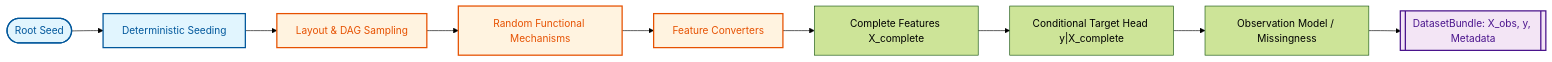
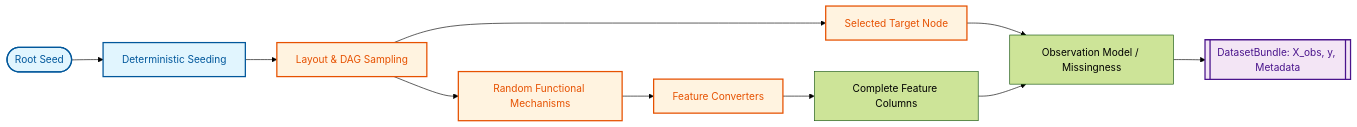
The first of 2 diagrams in README.md (bensonlee5/cauchy-generator), drawn with Mermaid (forest theme) before and after one commit. The commit also changed other lines of this file and 83 other files, not shown here.

````diff
--- a/README.md
+++ b/README.md
@@ -13,19 +12,20 @@
 ```mermaid
 flowchart LR
     classDef setup fill:#e1f5fe,stroke:#01579b,stroke-width:2px,color:#01579b
     classDef core fill:#fff3e0,stroke:#e65100,stroke-width:2px,color:#e65100
     classDef out fill:#f3e5f5,stroke:#4a148c,stroke-width:2px,color:#4a148c
 
     Seed([Root Seed]) --> RNG[Deterministic Seeding]
     RNG --> Layout[Layout & DAG Sampling]
     Layout --> Mechanisms[Random Functional Mechanisms]
     Mechanisms --> Converters[Feature Converters]
-    Converters --> XComplete[Complete Features X_complete]
-    XComplete --> TargetHead["Conditional Target Head y|X_complete"]
-    TargetHead --> Missingness[Observation Model / Missingness]
+    Converters --> XComplete[Complete Feature Columns]
+    Layout --> TargetNode["Selected Target Node"]
+    TargetNode --> Missingness[Observation Model / Missingness]
+    XComplete --> Missingness
     Missingness --> Bundle[[DatasetBundle: X_obs, y, Metadata]]
 
     class Seed,RNG setup
-    class Layout,Mechanisms,Converters core
+    class Layout,Mechanisms,Converters,TargetNode core
     class Bundle out
 ```
````
